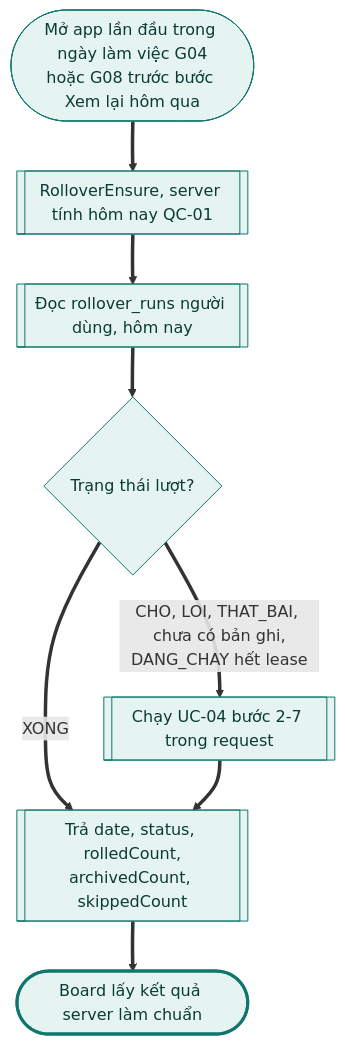
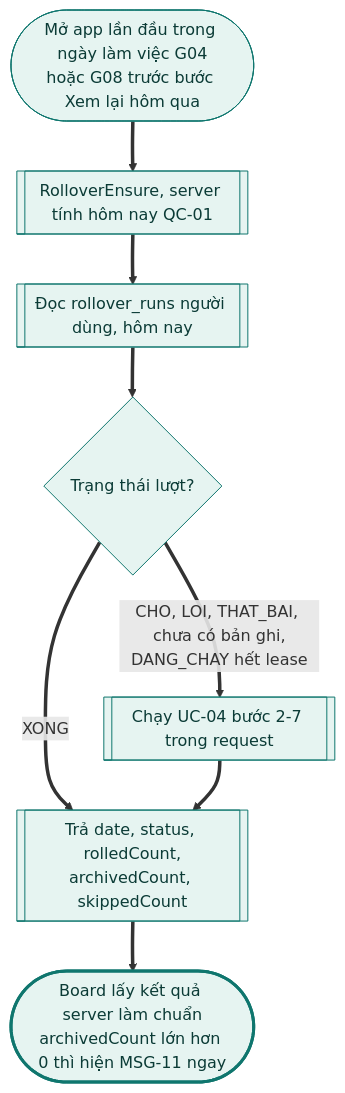
One commit to tannguyenho/personal-app changed diagram 17 of 18 in docs/design-brief/flow/g06-backlog-rollover.md. Above: the diagram before and after it, drawn with Mermaid. The commit also changed other lines of this file and 5 other files, not shown here.

First line of the commit message:
docs(G03, G06): áp quyết định PO 09/11 vào SRS, PRD, flow

````diff
--- a/docs/design-brief/flow/g06-backlog-rollover.md
+++ b/docs/design-brief/flow/g06-backlog-rollover.md
@@ -707,27 +728,27 @@
 ```mermaid
 flowchart TD
   start(["Mở app lần đầu trong ngày làm việc G04<br/>hoặc G08 trước bước Xem lại hôm qua"])
   p1[["RolloverEnsure, server tính hôm nay QC-01"]]
   p2[["Đọc rollover_runs người dùng, hôm nay"]]
   d1{"Trạng thái lượt?"}
   p3[["Chạy UC-04 bước 2-7 trong request"]]
   p4[["Trả date, status, rolledCount,<br/>archivedCount, skippedCount"]]
-  ok(["Board lấy kết quả server làm chuẩn"])
+  ok(["Board lấy kết quả server làm chuẩn<br/>archivedCount lớn hơn 0 thì hiện MSG-11 ngay"])
 
   start ==> p1 ==> p2 ==> d1
   d1 ==>|"XONG"| p4
   d1 ==>|"CHO, LOI, THAT_BAI, chưa có bản ghi,<br/>DANG_CHAY hết lease"| p3 ==> p4
   p4 ==> ok
 
   class start,p1,p2,d1,p3,p4 happy
   class ok done
   classDef happy fill:#E6F4F1,stroke:#0F766E,color:#0B3B36
   classDef alt fill:#F1F3F5,stroke:#6B7280,color:#1F2937
   classDef err fill:#FDECEC,stroke:#B42318,color:#5C1010
   classDef warn fill:#FEF4E2,stroke:#B45309,color:#4A2604
   classDef ai fill:#F1ECFD,stroke:#6D28D9,color:#2E1065
   classDef sync fill:#FFFFFF,stroke:#6B7280,stroke-dasharray:4 3,color:#1F2937
   classDef link fill:#FFFFFF,stroke:#0F766E,stroke-dasharray:4 3,color:#0B3B36
   classDef done fill:#E6F4F1,stroke:#0F766E,stroke-width:3px,color:#0B3B36
   classDef fail fill:#FDECEC,stroke:#B42318,stroke-width:3px,color:#5C1010
 ```
````
